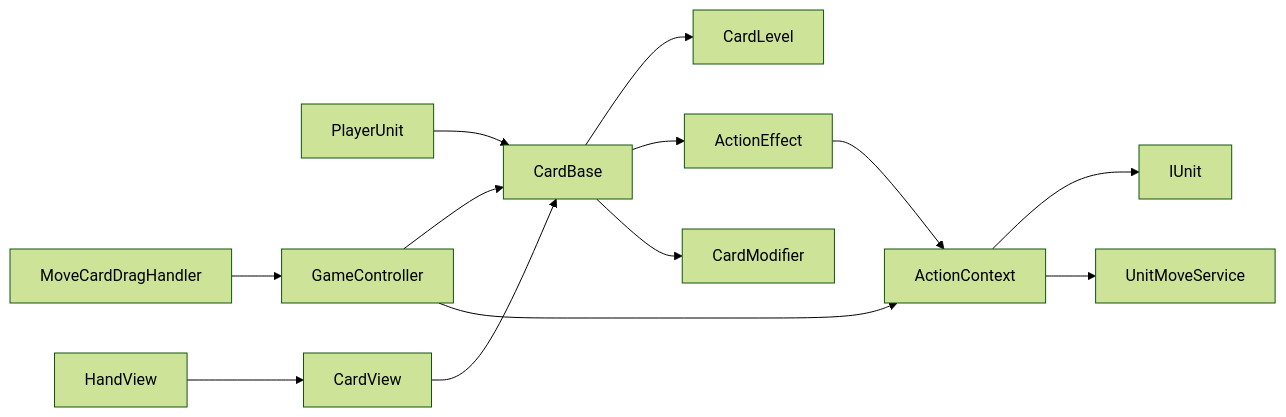
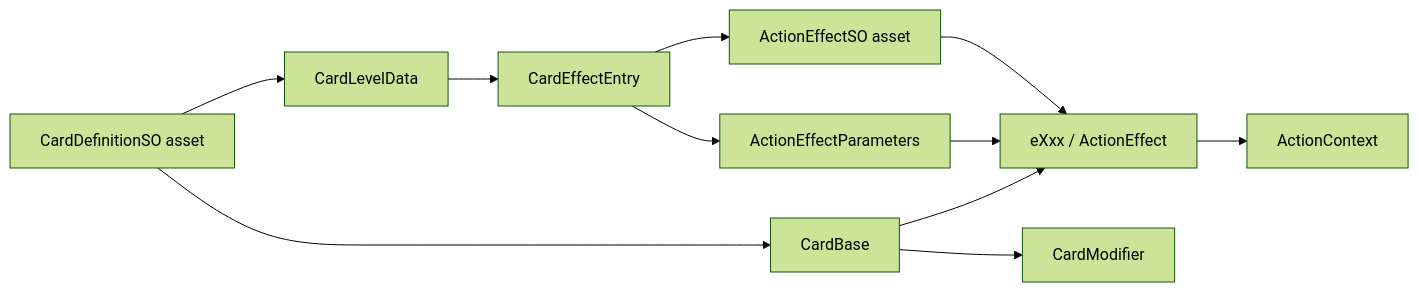
One commit to Yuki-Komatsu1208/TestCardGame changed the diagram in Documents/Architecture/CardArchitecture.md. Above: the diagram before and after it, drawn with Mermaid (forest theme). The commit also changed other lines of this file and 1879 other files, not shown here.

````diff
--- a/Documents/Architecture/CardArchitecture.md
+++ b/Documents/Architecture/CardArchitecture.md
@@ -33,15 +38,13 @@
 ```mermaid
 flowchart LR
-    PlayerUnit --> CardBase
-    HandView --> CardView
-    CardView --> CardBase
-    MoveCardDragHandler --> GameController
-    GameController --> CardBase
-    GameController --> ActionContext
-    CardBase --> CardLevel
-    CardBase --> ActionEffect
-    CardBase --> CardModifier
-    ActionEffect --> ActionContext
-    ActionContext --> IUnit
-    ActionContext --> UnitMoveService
+    CardDefinition[CardDefinitionSO asset] --> CardBase
+    CardDefinition --> LevelData[CardLevelData]
+    LevelData --> Entry[CardEffectEntry]
+    Entry --> EffectDefinition[ActionEffectSO asset]
+    Entry --> Parameters[ActionEffectParameters]
+    EffectDefinition --> RuntimeEffect[eXxx / ActionEffect]
+    Parameters --> RuntimeEffect
+    CardBase --> RuntimeEffect
+    CardBase --> Modifier[CardModifier]
+    RuntimeEffect --> Context[ActionContext]
 ```
````
